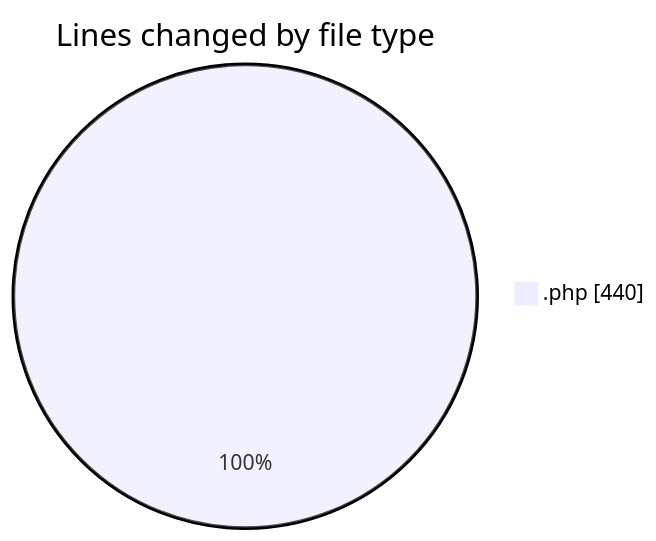
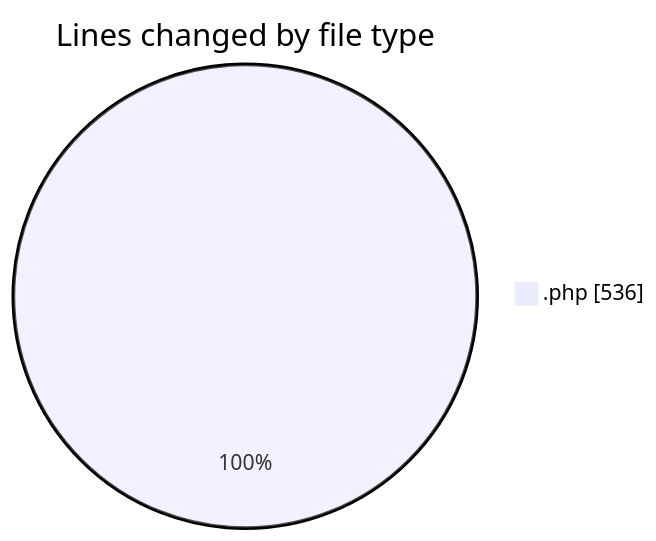
Before and after one commit to idhammustaqopulfikri/code-tracking: the first of 2 diagrams in 2025-05-28/studio-backend/README.md, drawn with Mermaid. The commit also changed other lines of this file and 1 other file, not shown here.

````diff
--- a/2025-05-28/studio-backend/README.md
+++ b/2025-05-28/studio-backend/README.md
@@ -26,5 +30,5 @@
 ```mermaid
 pie showData
 title Lines changed by file type
-".php" : 440
+".php" : 536
 ```
````
